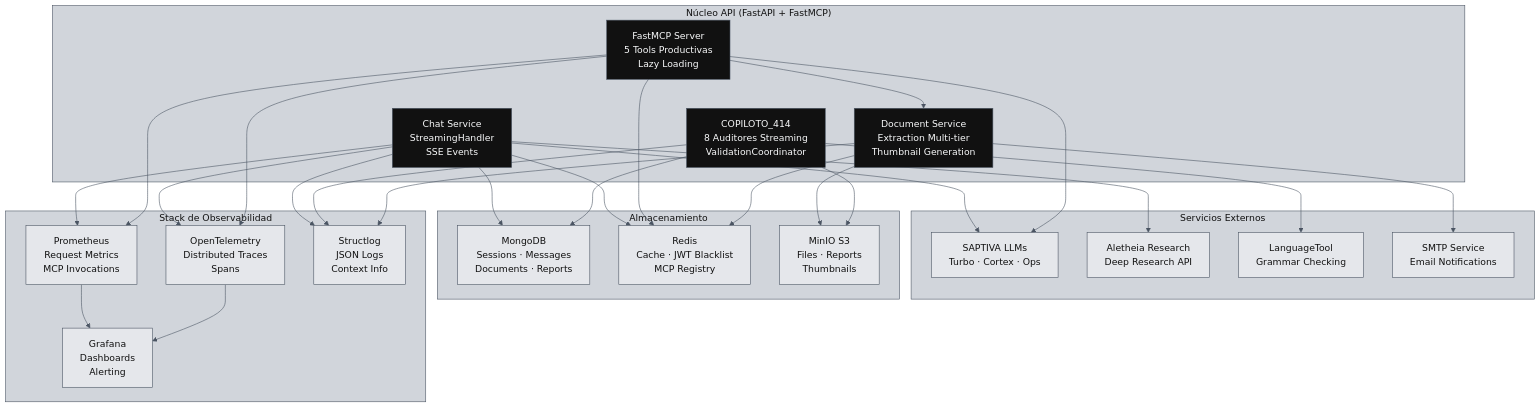
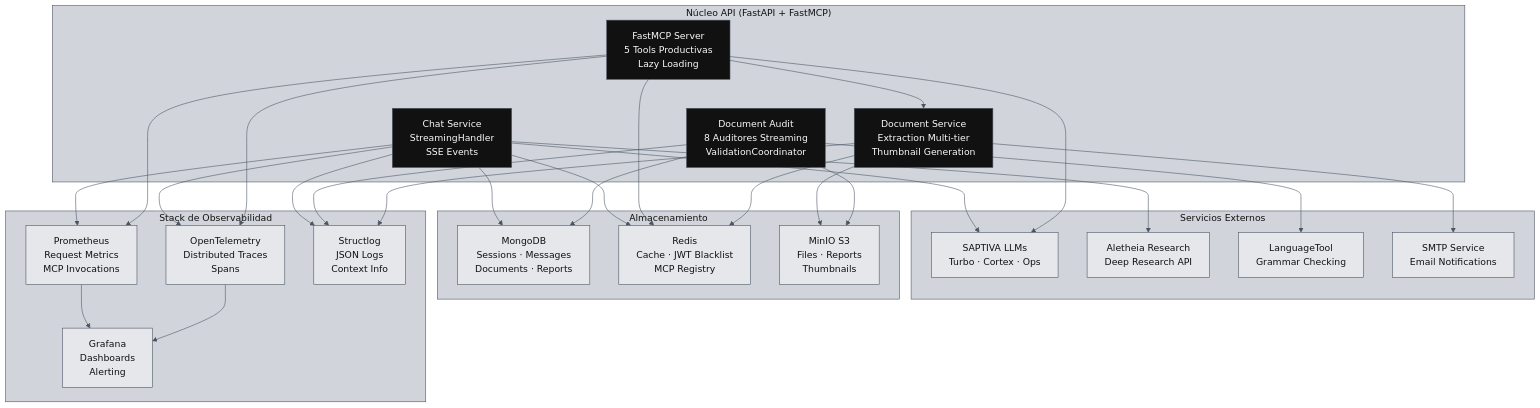
The third of 10 diagrams in README.md (saptiva-ai/octavios-chat), drawn with Mermaid before and after one commit. The commit also changed other lines of this file and 74 other files, not shown here.

````diff
--- a/README.md
+++ b/README.md
@@ -168,60 +168,60 @@
 ```mermaid
 %%{init: {'theme': 'base', 'themeVariables': {'primaryColor': '#111111','primaryBorderColor': '#4b5563','primaryTextColor': '#f9fafb','lineColor': '#4b5563','secondaryColor': '#ffffff','secondaryBorderColor': '#4b5563','secondaryTextColor': '#111111','tertiaryColor': '#d1d5db','tertiaryBorderColor': '#4b5563','tertiaryTextColor': '#111111'}}}%%
 flowchart TB
     subgraph Core["Núcleo API (FastAPI + FastMCP)"]
         chat_core["Chat Service<br/>StreamingHandler<br/>SSE Events"]:::dark
         mcp_core["FastMCP Server<br/>5 Tools Productivas<br/>Lazy Loading"]:::dark
-        audit_core["COPILOTO_414<br/>8 Auditores Streaming<br/>ValidationCoordinator"]:::dark
+        audit_core["Document Audit<br/>8 Auditores Streaming<br/>ValidationCoordinator"]:::dark
         doc_core["Document Service<br/>Extraction Multi-tier<br/>Thumbnail Generation"]:::dark
     end
 
     subgraph External["Servicios Externos"]
         saptiva["SAPTIVA LLMs<br/>Turbo · Cortex · Ops"]:::gray
         aletheia["Aletheia Research<br/>Deep Research API"]:::gray
         languagetool["LanguageTool<br/>Grammar Checking"]:::gray
         smtp["SMTP Service<br/>Email Notifications"]:::gray
     end
 
     subgraph Storage["Almacenamiento"]
         mongo["MongoDB<br/>Sessions · Messages<br/>Documents · Reports"]:::gray
         redis["Redis<br/>Cache · JWT Blacklist<br/>MCP Registry"]:::gray
         minio["MinIO S3<br/>Files · Reports<br/>Thumbnails"]:::gray
     end
 
     subgraph Observability["Stack de Observabilidad"]
         prom["Prometheus<br/>Request Metrics<br/>MCP Invocations"]:::gray
         otel["OpenTelemetry<br/>Distributed Traces<br/>Spans"]:::gray
         logs["Structlog<br/>JSON Logs<br/>Context Info"]:::gray
         grafana["Grafana<br/>Dashboards<br/>Alerting"]:::gray
     end
 
     chat_core --> saptiva
     chat_core --> aletheia
     mcp_core --> saptiva
     mcp_core --> doc_core
     audit_core --> languagetool
     doc_core --> smtp
 
     chat_core --> mongo
     chat_core --> redis
     mcp_core --> redis
     doc_core --> minio
     doc_core --> redis
     audit_core --> mongo
     audit_core --> minio
 
     chat_core --> prom
     chat_core --> otel
     chat_core --> logs
     mcp_core --> prom
     mcp_core --> otel
     audit_core --> logs
     doc_core --> logs
 
     prom --> grafana
     otel --> grafana
 
     classDef dark fill:#111111,stroke:#4b5563,color:#f9fafb;
     classDef light fill:#ffffff,stroke:#4b5563,color:#111111;
     classDef gray fill:#e5e7eb,stroke:#4b5563,color:#111111;
 ```
````
